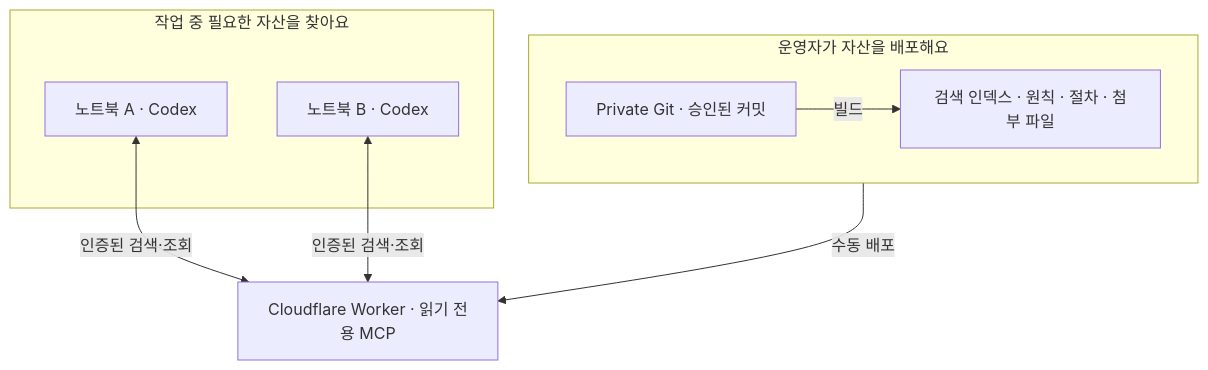
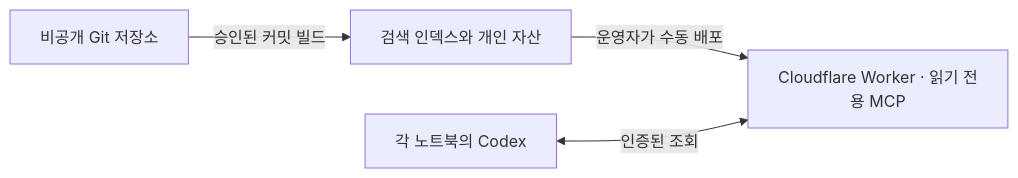
Before and after one commit to SEONGMINY/my-context: the diagram in README.md, drawn with Mermaid. The commit also changed other lines of this file, not shown here.

````diff
--- a/README.md
+++ b/README.md
@@ -22,16 +45,6 @@
 ```mermaid
-flowchart TB
-    subgraph publishing ["운영자가 자산을 배포해요"]
-        direction LR
-        source["Private Git · 승인된 커밋"] -->|"빌드"| bundle["검색 인덱스 · 원칙 · 절차 · 첨부 파일"]
-    end
-
-    subgraph reading ["작업 중 필요한 자산을 찾아요"]
-        laptopA["노트북 A · Codex"]
-        laptopB["노트북 B · Codex"]
-    end
-
-    bundle -->|"수동 배포"| worker["Cloudflare Worker · 읽기 전용 MCP"]
-    laptopA <-->|"인증된 검색·조회"| worker
-    laptopB <-->|"인증된 검색·조회"| worker
+flowchart LR
+    source["비공개 Git 저장소"] -->|"승인된 커밋 빌드"| bundle["검색 인덱스와 개인 자산"]
+    bundle -->|"운영자가 수동 배포"| worker["Cloudflare Worker · 읽기 전용 MCP"]
+    codex["각 노트북의 Codex"] <-->|"인증된 조회"| worker
 ```
````
